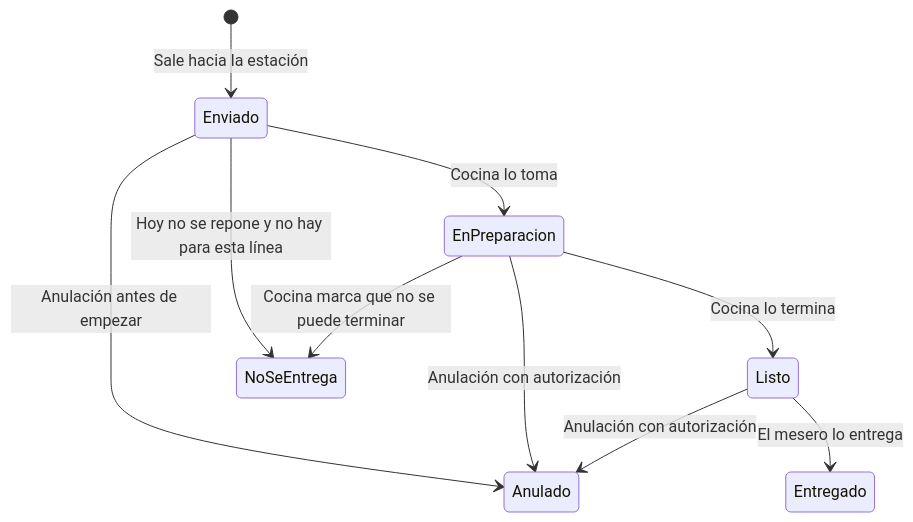
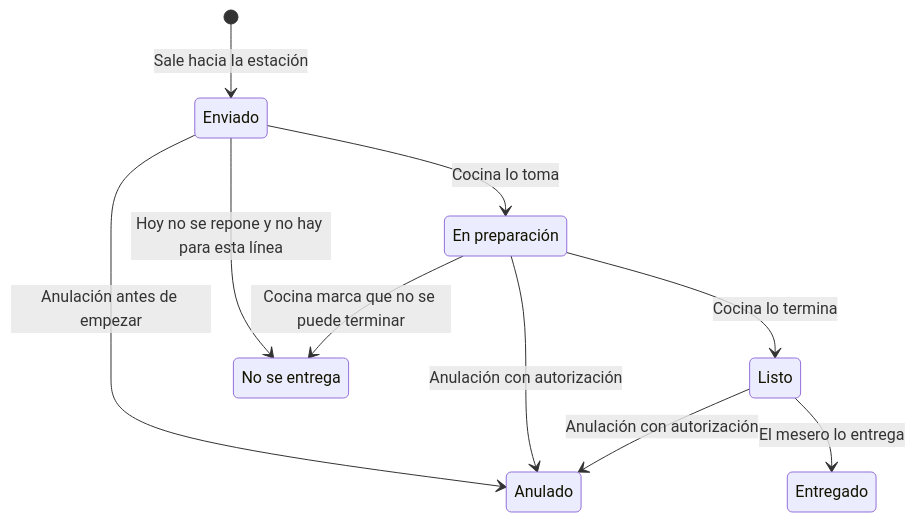
Before and after one commit to CesarJOtizM/blackHole: the fifth of 8 diagrams in docs/flujos/m1-pedidos-y-salon.md, drawn with Mermaid. The commit also changed other lines of this file and 159 other files, not shown here.

````diff
--- a/docs/flujos/m1-pedidos-y-salon.md
+++ b/docs/flujos/m1-pedidos-y-salon.md
@@ -108,12 +115,19 @@
 ```mermaid
 stateDiagram-v2
-  [*] --> Enviado: Sale hacia la estación
-  Enviado --> EnPreparacion: Cocina lo toma
-  EnPreparacion --> Listo: Cocina lo termina
-  Listo --> Entregado: El mesero lo entrega
-  Enviado --> Anulado: Anulación antes de empezar
-  Enviado --> NoSeEntrega: Hoy no se repone y no hay para esta línea
-  EnPreparacion --> Anulado: Anulación con autorización
-  EnPreparacion --> NoSeEntrega: Cocina marca que no se puede terminar
-  Listo --> Anulado: Anulación con autorización
+  state "Enviado" as sent
+  state "En preparación" as in_preparation
+  state "Listo" as ready
+  state "Entregado" as delivered
+  state "Anulado" as voided
+  state "No se entrega" as not_delivered
+
+  [*] --> sent: Sale hacia la estación
+  sent --> in_preparation: Cocina lo toma
+  in_preparation --> ready: Cocina lo termina
+  ready --> delivered: El mesero lo entrega
+  sent --> voided: Anulación antes de empezar
+  sent --> not_delivered: Hoy no se repone y no hay para esta línea
+  in_preparation --> voided: Anulación con autorización
+  in_preparation --> not_delivered: Cocina marca que no se puede terminar
+  ready --> voided: Anulación con autorización
 ```
````
